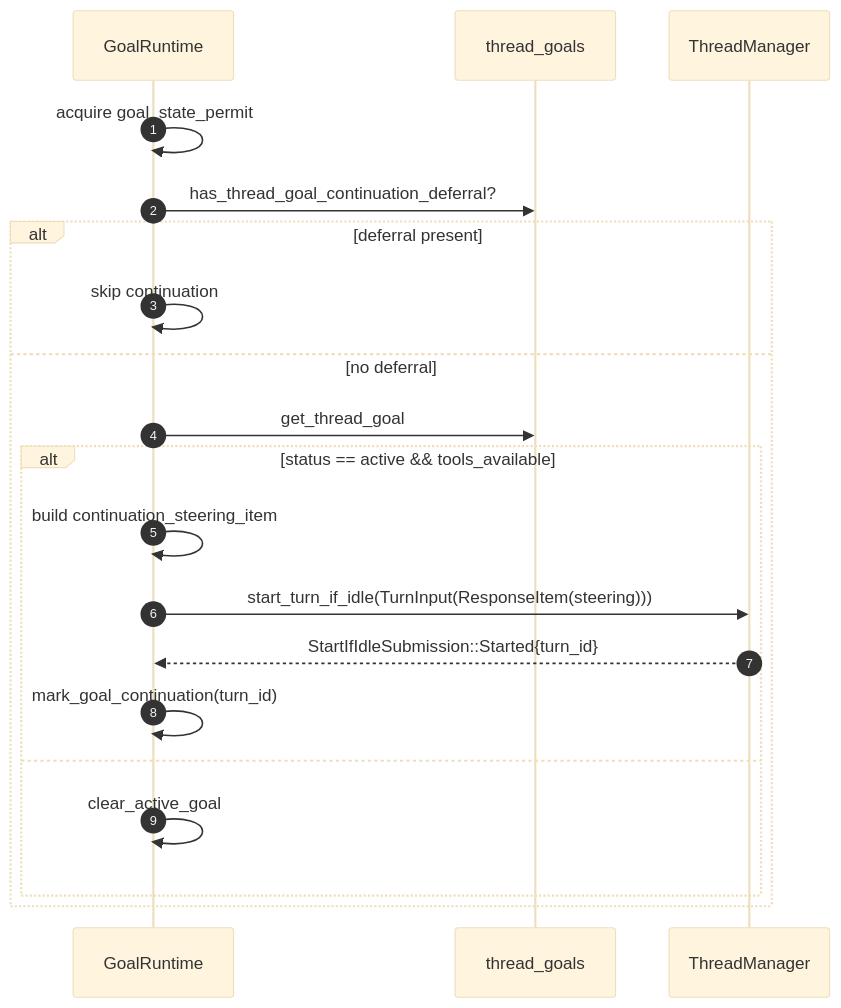
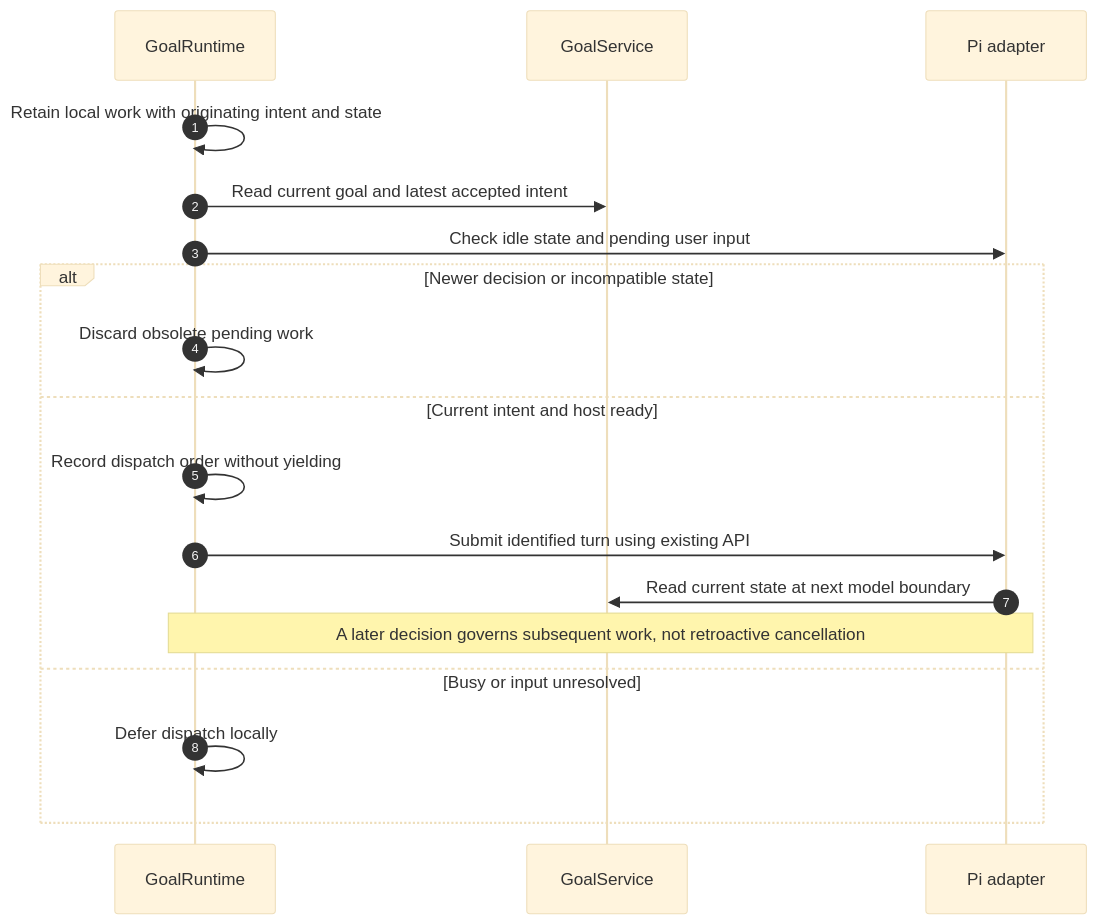
Before and after one commit to WeZZard/pi-secretary: the fourth of 6 diagrams in docs/arch/architecture.md, drawn with Mermaid (base theme). The commit also changed other lines of this file and 32 other files, not shown here.

First line of the commit message:
fix: synchronize goal state and order automatic continuation

````diff
--- a/docs/arch/architecture.md
+++ b/docs/arch/architecture.md
@@ -236,22 +256,20 @@
 ```mermaid
 sequenceDiagram
     autonumber
     participant RT as GoalRuntime
-    participant DB as thread_goals
-    participant TM as ThreadManager
-    RT->>RT: acquire goal_state_permit
-    RT->>DB: has_thread_goal_continuation_deferral?
-    alt deferral present
-        RT->>RT: skip continuation
-    else no deferral
-        RT->>DB: get_thread_goal
-        alt status == active && tools_available
-            RT->>RT: build continuation_steering_item
-            RT->>TM: start_turn_if_idle(TurnInput(ResponseItem(steering)))
-            TM-->>RT: StartIfIdleSubmission::Started{turn_id}
-            RT->>RT: mark_goal_continuation(turn_id)
-        else
-            RT->>RT: clear_active_goal
-        end
+    participant SVC as GoalService
+    participant HOST as Pi adapter
+    RT->>RT: Retain local work with originating intent and state
+    RT->>SVC: Read current goal and latest accepted intent
+    RT->>HOST: Check idle state and pending user input
+    alt Newer decision or incompatible state
+        RT->>RT: Discard obsolete pending work
+    else Current intent and host ready
+        RT->>RT: Record dispatch order without yielding
+        RT->>HOST: Submit identified turn using existing API
+        HOST->>SVC: Read current state at next model boundary
+        Note over RT,HOST: A later decision governs subsequent work, not retroactive cancellation
+    else Busy or input unresolved
+        RT->>RT: Defer dispatch locally
     end
 ```
````
